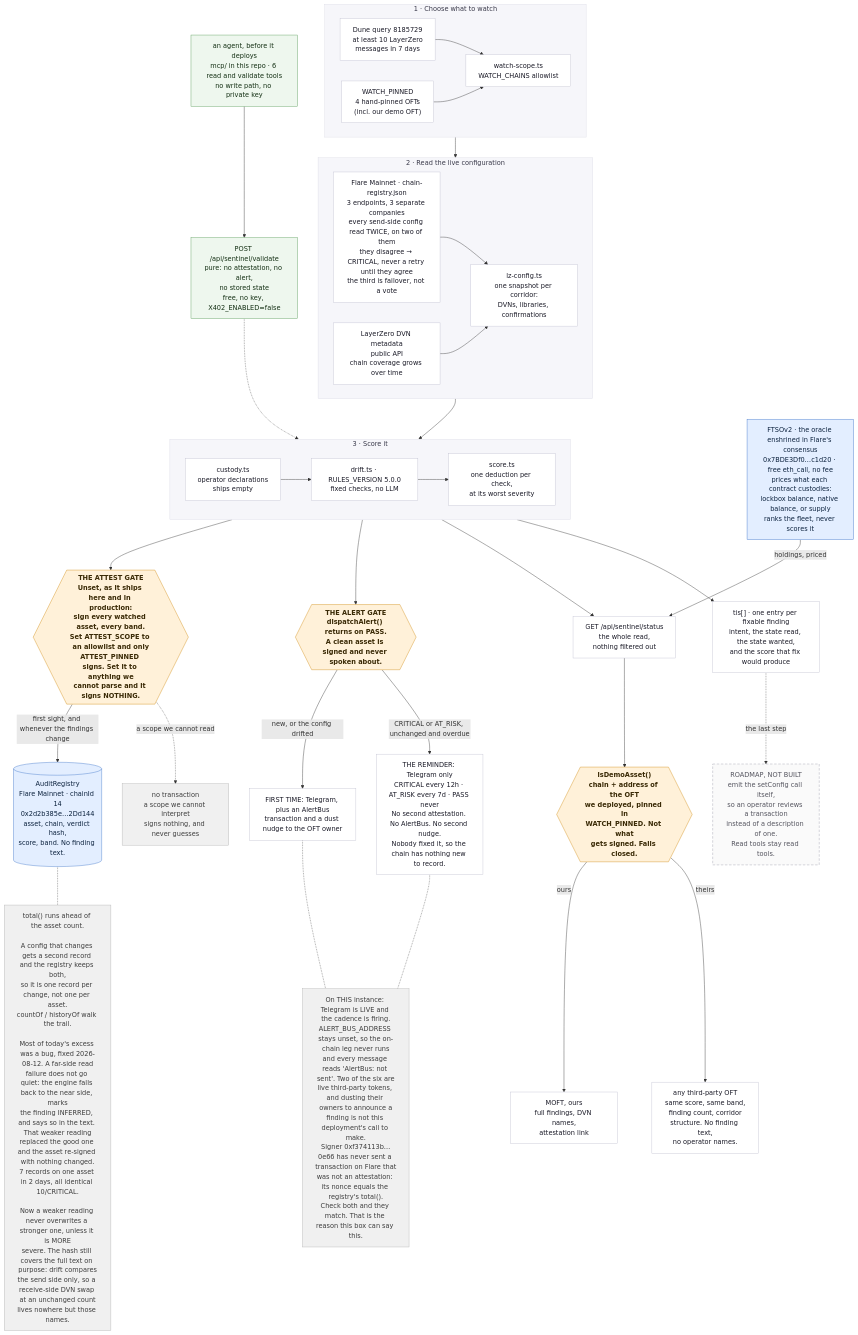
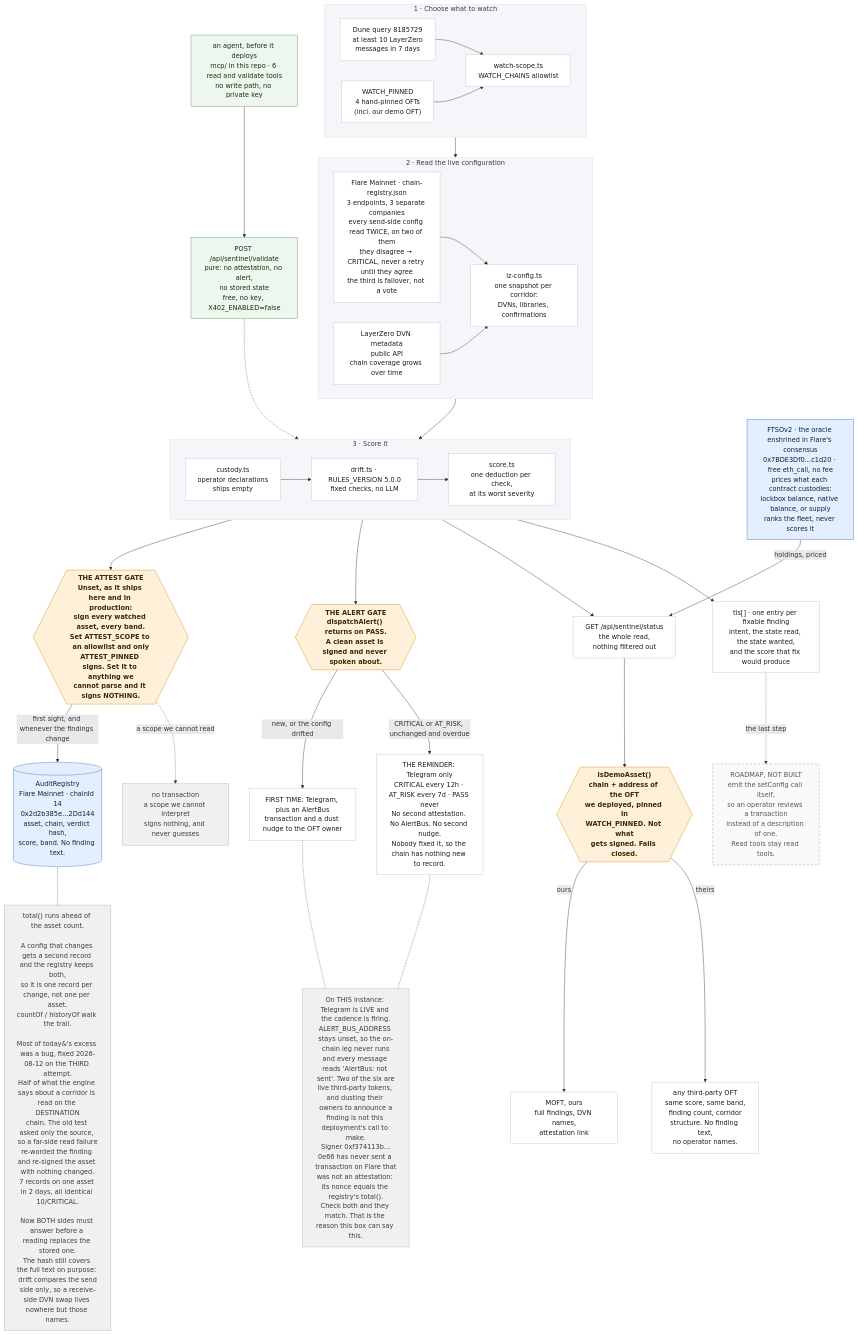
One commit to damli40/flare-oft-sentinel changed the diagram in assets/architecture.mmd. Above: the diagram before and after it, drawn with Mermaid. The commit also changed 7 other files, not shown here.

Commit message:
Both sides of a corridor must answer, plus the remediation pre-flight

```diff
--- a/assets/architecture.mmd
+++ b/assets/architecture.mmd
@@ -1,118 +1,118 @@
 %% OFT Sentinel on Flare — one cycle, end to end.
 %% Rendered to assets/architecture.png. Regenerate with:
 %%   npx -y @mermaid-js/mermaid-cli -i assets/architecture.mmd -o assets/architecture.png -b white -s 2
 flowchart TB
     subgraph pick["1 · Choose what to watch"]
         direction LR
         dune["Dune query 8185729<br/>at least 10 LayerZero<br/>messages in 7 days"]
         pinned["WATCH_PINNED<br/>4 hand-pinned OFTs<br/>(incl. our demo OFT)"]
         scope["watch-scope.ts<br/>WATCH_CHAINS allowlist"]
         dune --> scope
         pinned --> scope
     end
 
     subgraph read["2 · Read the live configuration"]
         direction LR
         rpc["Flare Mainnet · chain-registry.json<br/>3 endpoints, 3 separate companies<br/>every send-side config read TWICE, on two of them<br/>they disagree → CRITICAL, never a retry until they agree<br/>the third is failover, not a vote"]
         meta["LayerZero DVN metadata<br/>public API<br/>chain coverage grows over time"]
         lz["lz-config.ts<br/>one snapshot per corridor:<br/>DVNs, libraries, confirmations"]
         rpc --> lz
         meta --> lz
     end
 
     subgraph rules["3 · Score it"]
         direction LR
         cust["custody.ts<br/>operator declarations<br/>ships empty"]
         drift["drift.ts · RULES_VERSION 5.0.0<br/>fixed checks, no LLM"]
         score["score.ts<br/>one deduction per check,<br/>at its worst severity"]
         cust --> drift
         drift --> score
     end
 
     %% ── Leg A: sign it ────────────────────────────────────────────────────
     gate{{"THE ATTEST GATE<br/>Unset, as it ships here and in production:<br/>sign every watched asset, every band.<br/>Set ATTEST_SCOPE to an allowlist and only<br/>ATTEST_PINNED signs. Set it to anything we<br/>cannot parse and it signs NOTHING."}}
     reg[("AuditRegistry<br/>Flare Mainnet · chainId 14<br/>0x2d2b385e…2Dd144<br/>asset, chain, verdict hash,<br/>score, band. No finding text.")]
-    resign["total() runs ahead of the asset count.<br/>&nbsp;<br/>A config that changes gets a second record and the registry keeps both,<br/>so it is one record per change, not one per asset.<br/>countOf / historyOf walk the trail.<br/>&nbsp;<br/>Most of today's excess was a bug, fixed 2026-08-12. A far-side read<br/>failure does not go quiet: the engine falls back to the near side, marks<br/>the finding INFERRED, and says so in the text. That weaker reading<br/>replaced the good one and the asset re-signed with nothing changed.<br/>7 records on one asset in 2 days, all identical 10/CRITICAL.<br/>&nbsp;<br/>Now a weaker reading never overwrites a stronger one, unless it is MORE<br/>severe. The hash still covers the full text on purpose: drift compares<br/>the send side only, so a receive-side DVN swap at an unchanged count<br/>lives nowhere but those names."]
+    resign["total() runs ahead of the asset count.<br/>&nbsp;<br/>A config that changes gets a second record and the registry keeps both,<br/>so it is one record per change, not one per asset.<br/>countOf / historyOf walk the trail.<br/>&nbsp;<br/>Most of today&#39;s excess was a bug, fixed 2026-08-12 on the THIRD attempt.<br/>Half of what the engine says about a corridor is read on the DESTINATION<br/>chain. The old test asked only the source, so a far-side read failure<br/>re-worded the finding and re-signed the asset with nothing changed.<br/>7 records on one asset in 2 days, all identical 10/CRITICAL.<br/>&nbsp;<br/>Now BOTH sides must answer before a reading replaces the stored one.<br/>The hash still covers the full text on purpose: drift compares the send<br/>side only, so a receive-side DVN swap lives nowhere but those names."]
     nosign["no transaction<br/>a scope we cannot interpret<br/>signs nothing, and never guesses"]
 
     %% ── Leg B: keep saying it ─────────────────────────────────────────────
     alert{{"THE ALERT GATE<br/>dispatchAlert() returns on PASS.<br/>A clean asset is signed and never spoken about."}}
     first["FIRST TIME: Telegram, plus an AlertBus<br/>transaction and a dust nudge to the OFT owner"]
     again["THE REMINDER: Telegram only<br/>CRITICAL every 12h · AT_RISK every 7d · PASS never<br/>No second attestation. No AlertBus. No second nudge.<br/>Nobody fixed it, so the chain has nothing new to record."]
     quiet["On THIS instance: Telegram is LIVE and the cadence is firing.<br/>ALERT_BUS_ADDRESS stays unset, so the on-chain leg never runs<br/>and every message reads 'AlertBus: not sent'. Two of the six are<br/>live third-party tokens, and dusting their owners to announce a<br/>finding is not this deployment's call to make.<br/>Signer 0xf374113b…0e66 has never sent a transaction on Flare that<br/>was not an attestation: its nonce equals the registry's total().<br/>Check both and they match. That is the reason this box can say this."]
 
     %% ── Leg C: publish it ─────────────────────────────────────────────────
     api["GET /api/sentinel/status<br/>the whole read,<br/>nothing filtered out"]
     filt{{"isDemoAsset()<br/>chain + address of the OFT<br/>we deployed, pinned in<br/>WATCH_PINNED. Not what<br/>gets signed. Fails closed."}}
     ours["MOFT, ours<br/>full findings, DVN names,<br/>attestation link"]
     theirs["any third-party OFT<br/>same score, same band,<br/>finding count, corridor<br/>structure. No finding text,<br/>no operator names."]
 
     %% ── Leg D: what a fix would score ─────────────────────────────────────
     tis["tis[] · one entry per fixable finding<br/>intent, the state read, the state wanted,<br/>and the score that fix would produce"]
     fix["ROADMAP, NOT BUILT<br/>emit the setConfig call itself,<br/>so an operator reviews a transaction<br/>instead of a description of one.<br/>Read tools stay read tools."]
 
     %% ── Before you deploy at all ──────────────────────────────────────────
     agent["an agent, before it deploys<br/>mcp/ in this repo · 6 read and validate tools<br/>no write path, no private key"]
     val["POST /api/sentinel/validate<br/>pure: no attestation, no alert,<br/>no stored state<br/>free, no key, X402_ENABLED=false"]
     agent --> val
     val -.-> rules
 
     ftso["FTSOv2 · the oracle enshrined in Flare's consensus<br/>0x7BDE3Df0…c1d20 · free eth_call, no fee<br/>prices what each contract custodies:<br/>lockbox balance, native balance, or supply<br/>ranks the fleet, never scores it"]
 
     scope --> read
     lz --> rules
     %% Deliberately NO edge in from the RPC node. The label already says it is a
     %% free eth_call, and drawing the inbound edge pushed this node under stage 2,
     %% which routed its ONE outgoing arrow across the attest gate. On a diagram
     %% whose whole claim is that the price reaches neither scoring nor signing,
     %% an arrow that appears to touch either is worse than a missing one.
     ftso -->|"holdings, priced"| api
 
     score --> gate
     score --> alert
     score --> api
     score --> tis
 
     gate -->|"first sight, and whenever the findings change"| reg
     gate -.->|"a scope we cannot read"| nosign
     reg -.- resign
 
     %% Declared first-fire first so it lands LEFT of the reminder. Mermaid lays
     %% siblings out in edge-declaration order, and a reader who meets the repeat
     %% before the thing being repeated has to read the pair twice.
     alert -->|"new, or the config drifted"| first
     alert -->|"CRITICAL or AT_RISK, unchanged and overdue"| again
     first -.- quiet
     again -.- quiet
 
     api --> filt
     filt -->|ours| ours
     filt -->|theirs| theirs
 
     tis -.->|"the last step"| fix
 
     classDef stage fill:#ffffff,stroke:#c2c2d2,color:#1b1b28
     classDef gateStyle fill:#fff1d9,stroke:#d08b12,color:#3a2a06,font-weight:bold
     classDef chain fill:#e3eeff,stroke:#3f74c8,color:#0d233f
     classDef quiet fill:#f0f0f0,stroke:#b4b4b4,color:#3d3d3d
     class dune,pinned,scope,rpc,meta,lz,cust,drift,score,api,ours,theirs,first,again stage
     classDef preflight fill:#eef7ee,stroke:#5a9c5a,color:#143014
     class agent,val preflight
     class tis stage
     %% Dashed and grey so nothing here can be mistaken for something that runs.
     classDef roadmap fill:#fafafa,stroke:#9a9aa8,color:#55555f,stroke-dasharray: 6 4
     class fix roadmap
     %% Footnotes, not steps. Same grey as the fail-closed box so the eye reads
     %% all three as "read this if you are checking us", never as pipeline stages.
     class nosign,resign,quiet quiet
     %% THREE gates now carry colour, and they are the three decisions a judge
     %% should attack: what gets signed, what gets said out loud, and whose
     %% finding text gets shown.
     class gate,filt,alert gateStyle
     %% Blue with the registry, because both are reads of Flare's own contracts.
     %% It deliberately has NO edge into score.ts: the absence is the claim.
     class reg,ftso chain
 
     style pick fill:#f6f6fa,stroke:#dcdce6,color:#3a3a4a
     style read fill:#f6f6fa,stroke:#dcdce6,color:#3a3a4a
     style rules fill:#f6f6fa,stroke:#dcdce6,color:#3a3a4a
```
